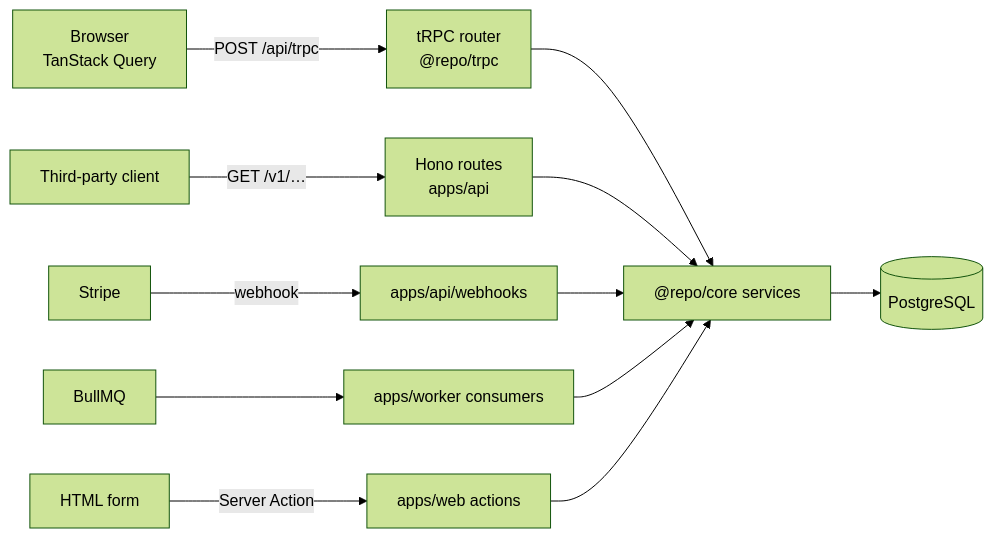
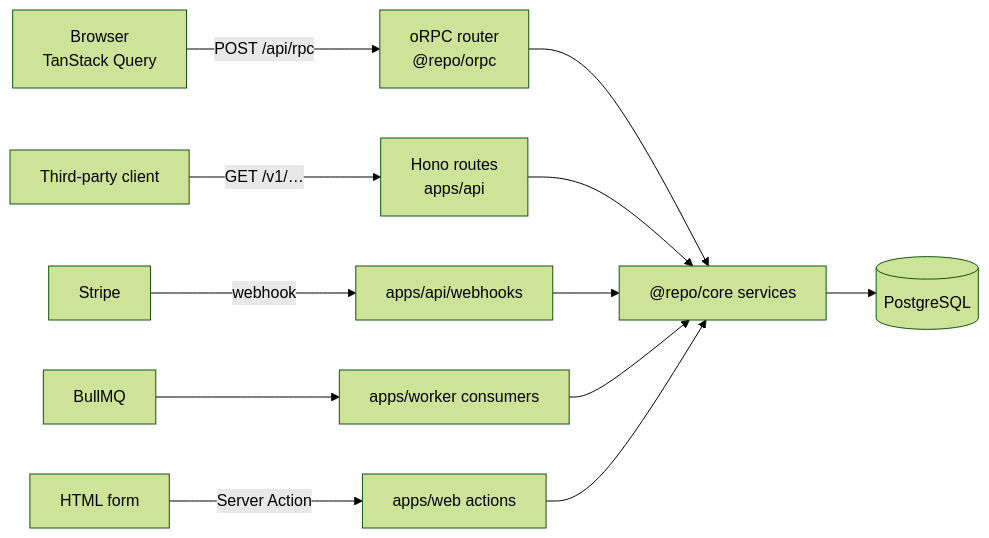
Before and after one commit to jleveneur/nextjs-boilerplate: the second of 3 diagrams in docs/architecture/05-runtime-and-api.md, drawn with Mermaid (forest theme). The commit also changed other lines of this file and 71 other files, not shown here.

First line of the commit message:
feat(orpc): replace trpc with orpc 1.15 for the private api (#93)

````diff
--- a/docs/architecture/05-runtime-and-api.md
+++ b/docs/architecture/05-runtime-and-api.md
@@ -105,15 +105,15 @@
 ```mermaid
 flowchart LR
-    BROWSER["Browser<br/>TanStack Query"] -->|"POST /api/trpc"| TRPC["tRPC router<br/>@repo/trpc"]
+    BROWSER["Browser<br/>TanStack Query"] -->|"POST /api/rpc"| ORPC["oRPC router<br/>@repo/orpc"]
     THIRD["Third-party client"] -->|"GET /v1/…"| REST["Hono routes<br/>apps/api"]
     STRIPE["Stripe"] -->|webhook| WH["apps/api/webhooks"]
     QUEUE["BullMQ"] --> CONS["apps/worker consumers"]
     FORM["HTML form"] -->|Server Action| SA["apps/web actions"]
 
-    TRPC --> CORE["@repo/core services"]
+    ORPC --> CORE["@repo/core services"]
     REST --> CORE
     WH --> CORE
     CONS --> CORE
     SA --> CORE
     CORE --> DB[("PostgreSQL")]
 ```
````
